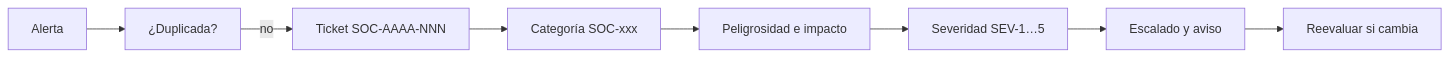
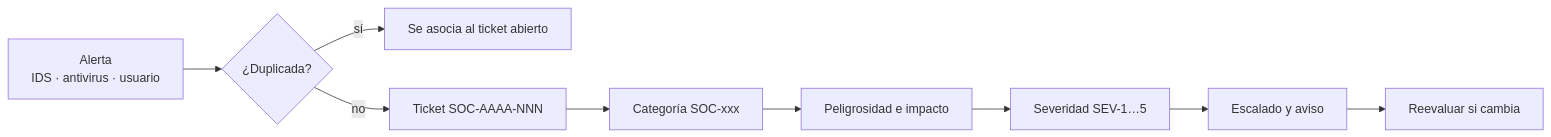
One commit to fabrizio2032-SVC/portfolio changed the second of 2 diagrams in soc-escolar/README.md. Above: the diagram before and after it, drawn with Mermaid. The commit also changed other lines of this file and 103 other files, not shown here.

````diff
--- a/soc-escolar/README.md
+++ b/soc-escolar/README.md
@@ -32,10 +75,11 @@
 ```mermaid
 flowchart LR
-    A[Alerta] --> B[¿Duplicada?]
-    B -- no --> C[Ticket SOC-AAAA-NNN]
-    C --> D[Categoría SOC-xxx]
-    D --> E[Peligrosidad e impacto]
-    E --> F[Severidad SEV-1…5]
-    F --> G[Escalado y aviso]
-    G --> H[Reevaluar si cambia]
+    A["Alerta<br/>IDS · antivirus · usuario"] --> B{"¿Duplicada?"}
+    B -- sí --> Z["Se asocia al ticket abierto"]
+    B -- no --> C["Ticket SOC-AAAA-NNN"]
+    C --> D["Categoría SOC-xxx"]
+    D --> E["Peligrosidad e impacto"]
+    E --> F["Severidad SEV-1…5"]
+    F --> G["Escalado y aviso"]
+    G --> H["Reevaluar si cambia"]
 ```
````
